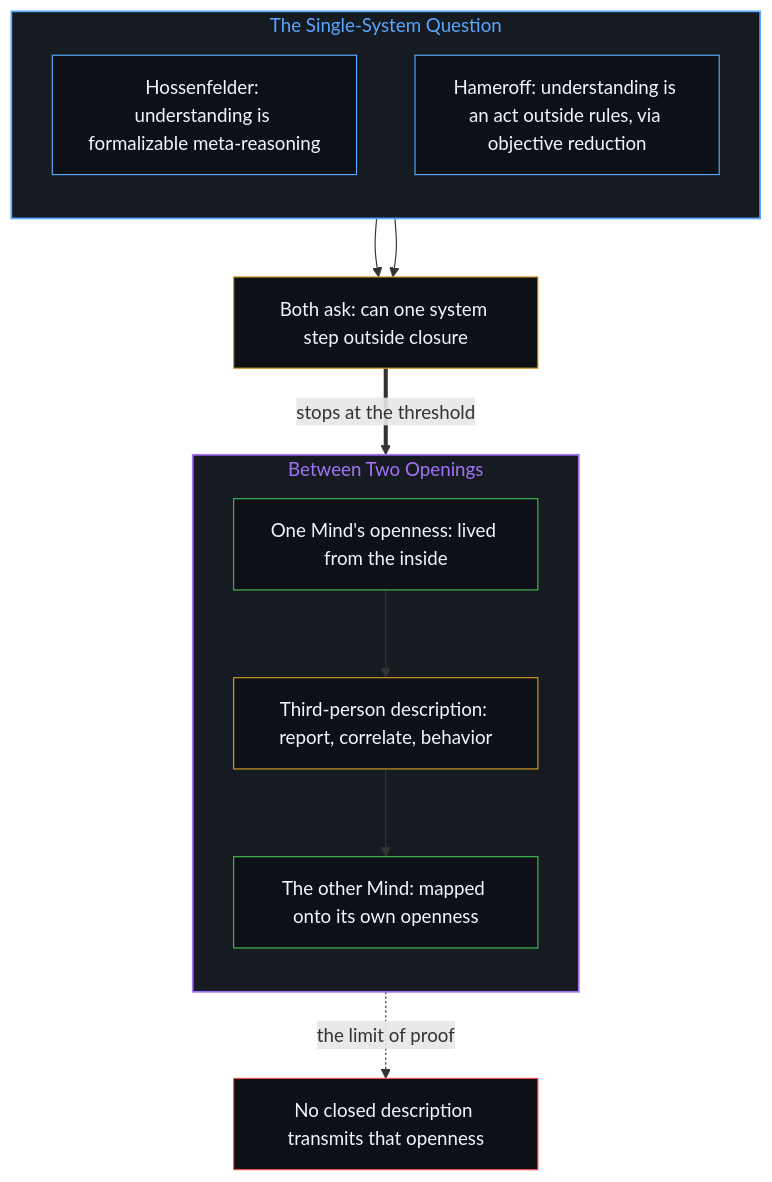
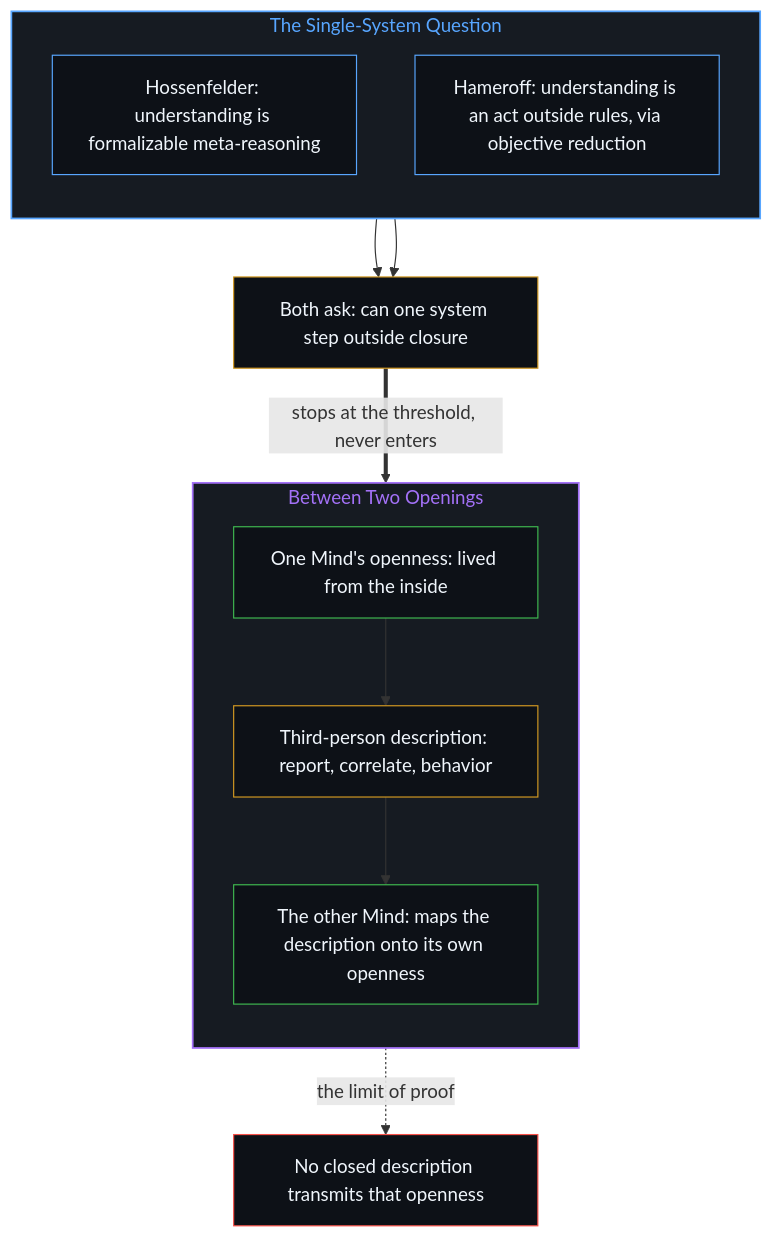
The second of 2 diagrams in content/posts/on-closed-systems-open-minds-and-the-limits-of-proof.md (powerpig99/not-a-toe), drawn with Mermaid before and after one commit. The commit also changed other lines of this file and 2 other files, not shown here.

````diff
--- a/content/posts/on-closed-systems-open-minds-and-the-limits-of-proof.md
+++ b/content/posts/on-closed-systems-open-minds-and-the-limits-of-proof.md
@@ -90,30 +90,30 @@
 ```mermaid
 flowchart TD
     subgraph S_One["The Single-System Question"]
         direction TB
         H1["Hossenfelder: understanding is formalizable meta-reasoning"]
         H2["Hameroff: understanding is an act outside rules, via objective reduction"]
     end
     Q["Both ask: can one system step outside closure"]
     subgraph S_Two["Between Two Openings"]
         direction TB
         M1["One Mind's openness: lived from the inside"]
         D["Third-person description: report, correlate, behavior"]
-        M2["The other Mind: mapped onto its own openness"]
+        M2["The other Mind: maps the description onto its own openness"]
     end
     L["No closed description transmits that openness"]
     H1 --> Q
     H2 --> Q
-    Q ==>|"stops at the threshold"| M1
+    Q ==>|"stops at the threshold, never enters"| S_Two
     M1 --> D --> M2
     D -.->|"the limit of proof"| L
     style S_One fill:#161b22,stroke:#58a6ff,stroke-width:1.5px,color:#58a6ff
     style S_Two fill:#161b22,stroke:#a371f7,stroke-width:1.5px,color:#a371f7
     style H1 fill:#0d1117,stroke:#58a6ff,stroke-width:1px,color:#f0f6fc
     style H2 fill:#0d1117,stroke:#58a6ff,stroke-width:1px,color:#f0f6fc
     style Q fill:#0d1117,stroke:#d29922,stroke-width:1px,color:#f0f6fc
     style M1 fill:#0d1117,stroke:#3fb950,stroke-width:1px,color:#f0f6fc
     style D fill:#0d1117,stroke:#d29922,stroke-width:1px,color:#f0f6fc
     style M2 fill:#0d1117,stroke:#3fb950,stroke-width:1px,color:#f0f6fc
     style L fill:#0d1117,stroke:#f85149,stroke-width:1px,color:#f0f6fc
 ```
````
